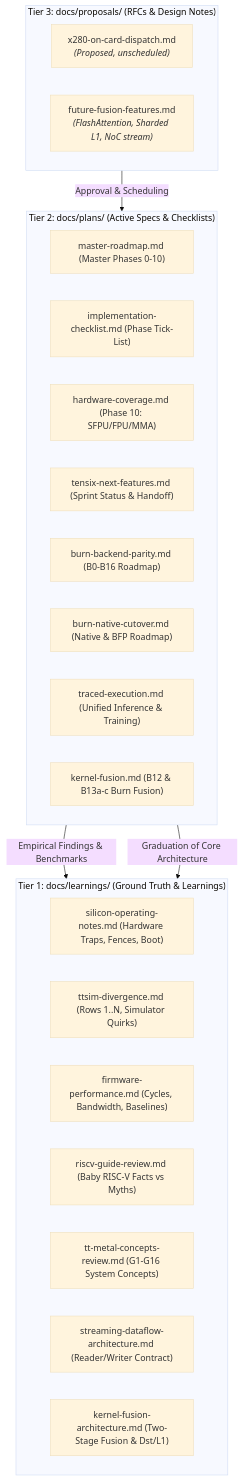
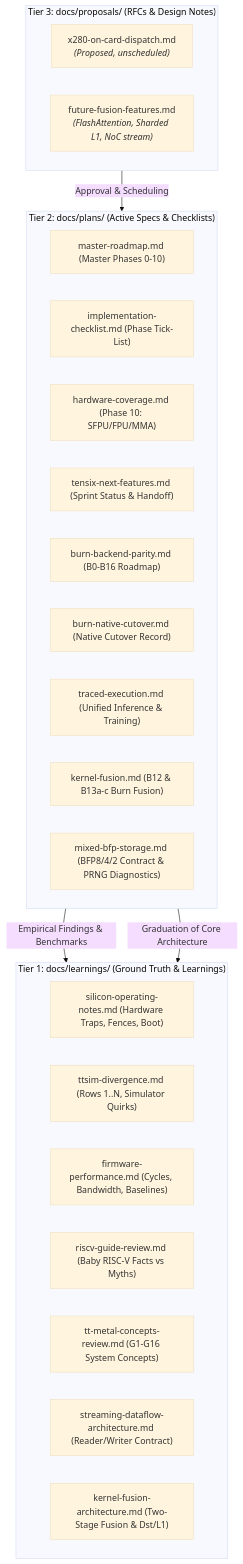
Before and after one commit to Knight-Ops/metalium-rs: the diagram in docs/README.md, drawn with Mermaid (base theme). The commit also changed other lines of this file and 55 other files, not shown here.

Commit message:
Add mixed BFP tensor storage and PRNG diagnostics

````diff
--- a/docs/README.md
+++ b/docs/README.md
@@ -7,32 +7,33 @@
 ```mermaid
 flowchart TD
     subgraph Tier3["Tier 3: docs/proposals/ (RFCs & Design Notes)"]
         P1["x280-on-card-dispatch.md<br/><i>(Proposed, unscheduled)</i>"]
         P2["future-fusion-features.md<br/><i>(FlashAttention, Sharded L1, NoC stream)</i>"]
     end
 
     subgraph Tier2["Tier 2: docs/plans/ (Active Specs & Checklists)"]
         PL1["master-roadmap.md (Master Phases 0-10)"]
         PL2["implementation-checklist.md (Phase Tick-List)"]
         PL3["hardware-coverage.md (Phase 10: SFPU/FPU/MMA)"]
         PL4["tensix-next-features.md (Sprint Status & Handoff)"]
         PL5["burn-backend-parity.md (B0-B16 Roadmap)"]
-        PL6["burn-native-cutover.md (Native & BFP Roadmap)"]
+        PL6["burn-native-cutover.md (Native Cutover Record)"]
         PL7["traced-execution.md (Unified Inference & Training)"]
         PL8["kernel-fusion.md (B12 & B13a-c Burn Fusion)"]
+        PL9["mixed-bfp-storage.md (BFP8/4/2 Contract & PRNG Diagnostics)"]
     end
 
     subgraph Tier1["Tier 1: docs/learnings/ (Ground Truth & Learnings)"]
         L1["silicon-operating-notes.md (Hardware Traps, Fences, Boot)"]
         L2["ttsim-divergence.md (Rows 1..N, Simulator Quirks)"]
         L3["firmware-performance.md (Cycles, Bandwidth, Baselines)"]
         L4["riscv-guide-review.md (Baby RISC-V Facts vs Myths)"]
         L5["tt-metal-concepts-review.md (G1-G16 System Concepts)"]
         L6["streaming-dataflow-architecture.md (Reader/Writer Contract)"]
         L7["kernel-fusion-architecture.md (Two-Stage Fusion & Dst/L1)"]
     end
 
     Tier3 --"Approval & Scheduling"--> Tier2
     Tier2 --"Empirical Findings & Benchmarks"--> Tier1
     Tier2 --"Graduation of Core Architecture"--> Tier1
 ```
````
